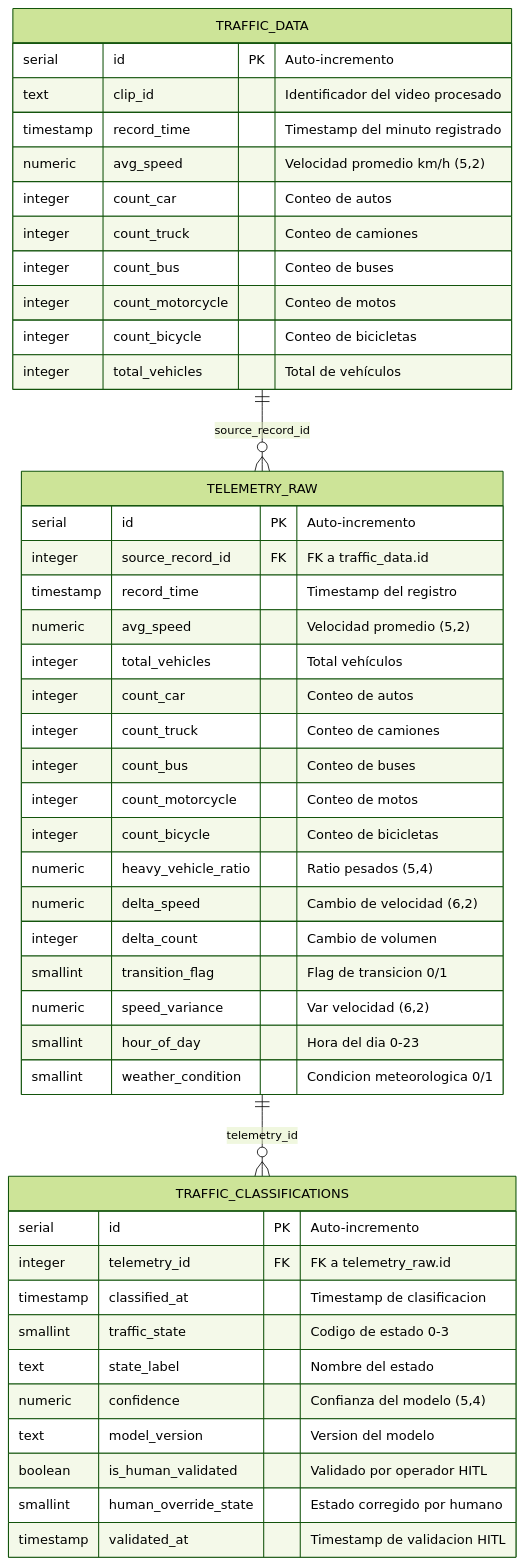
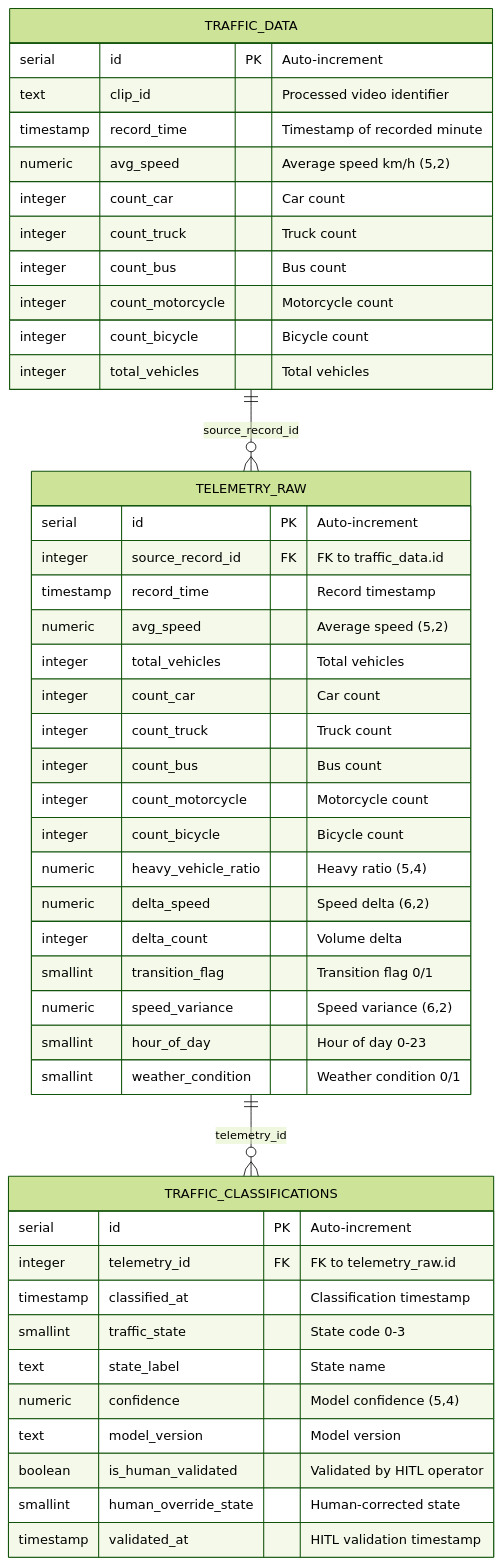
One commit to aka-titesen/vaaet changed the diagram in Docs/diagrams/erd-phase2.md. Above: the diagram before and after it, drawn with Mermaid (forest theme). The commit also changed other lines of this file and 44 other files, not shown here.

````diff
--- a/Docs/diagrams/erd-phase2.md
+++ b/Docs/diagrams/erd-phase2.md
@@ -8,51 +8,51 @@
 ```mermaid
 erDiagram
     TRAFFIC_DATA {
-        serial id PK "Auto-incremento"
-        text clip_id "Identificador del video procesado"
-        timestamp record_time "Timestamp del minuto registrado"
-        numeric avg_speed "Velocidad promedio km/h (5,2)"
-        integer count_car "Conteo de autos"
-        integer count_truck "Conteo de camiones"
-        integer count_bus "Conteo de buses"
-        integer count_motorcycle "Conteo de motos"
-        integer count_bicycle "Conteo de bicicletas"
-        integer total_vehicles "Total de vehículos"
+        serial id PK "Auto-increment"
+        text clip_id "Processed video identifier"
+        timestamp record_time "Timestamp of recorded minute"
+        numeric avg_speed "Average speed km/h (5,2)"
+        integer count_car "Car count"
+        integer count_truck "Truck count"
+        integer count_bus "Bus count"
+        integer count_motorcycle "Motorcycle count"
+        integer count_bicycle "Bicycle count"
+        integer total_vehicles "Total vehicles"
     }
 
     TELEMETRY_RAW {
-        serial id PK "Auto-incremento"
-        integer source_record_id FK "FK a traffic_data.id"
-        timestamp record_time "Timestamp del registro"
-        numeric avg_speed "Velocidad promedio (5,2)"
-        integer total_vehicles "Total vehículos"
-        integer count_car "Conteo de autos"
-        integer count_truck "Conteo de camiones"
-        integer count_bus "Conteo de buses"
-        integer count_motorcycle "Conteo de motos"
-        integer count_bicycle "Conteo de bicicletas"
-        numeric heavy_vehicle_ratio "Ratio pesados (5,4)"
-        numeric delta_speed "Cambio de velocidad (6,2)"
-        integer delta_count "Cambio de volumen"
-        smallint transition_flag "Flag de transicion 0/1"
-        numeric speed_variance "Var velocidad (6,2)"
-        smallint hour_of_day "Hora del dia 0-23"
-        smallint weather_condition "Condicion meteorologica 0/1"
+        serial id PK "Auto-increment"
+        integer source_record_id FK "FK to traffic_data.id"
+        timestamp record_time "Record timestamp"
+        numeric avg_speed "Average speed (5,2)"
+        integer total_vehicles "Total vehicles"
+        integer count_car "Car count"
+        integer count_truck "Truck count"
+        integer count_bus "Bus count"
+        integer count_motorcycle "Motorcycle count"
+        integer count_bicycle "Bicycle count"
+        numeric heavy_vehicle_ratio "Heavy ratio (5,4)"
+        numeric delta_speed "Speed delta (6,2)"
+        integer delta_count "Volume delta"
+        smallint transition_flag "Transition flag 0/1"
+        numeric speed_variance "Speed variance (6,2)"
+        smallint hour_of_day "Hour of day 0-23"
+        smallint weather_condition "Weather condition 0/1"
     }
 
     TRAFFIC_CLASSIFICATIONS {
-        serial id PK "Auto-incremento"
-        integer telemetry_id FK "FK a telemetry_raw.id"
-        timestamp classified_at "Timestamp de clasificacion"
-        smallint traffic_state "Codigo de estado 0-3"
-        text state_label "Nombre del estado"
-        numeric confidence "Confianza del modelo (5,4)"
-        text model_version "Version del modelo"
-        boolean is_human_validated "Validado por operador HITL"
-        smallint human_override_state "Estado corregido por humano"
-        timestamp validated_at "Timestamp de validacion HITL"
+        serial id PK "Auto-increment"
+        integer telemetry_id FK "FK to telemetry_raw.id"
+        timestamp classified_at "Classification timestamp"
+        smallint traffic_state "State code 0-3"
+        text state_label "State name"
+        numeric confidence "Model confidence (5,4)"
+        text model_version "Model version"
+        boolean is_human_validated "Validated by HITL operator"
+        smallint human_override_state "Human-corrected state"
+        timestamp validated_at "HITL validation timestamp"
     }
 
     TRAFFIC_DATA ||--o{ TELEMETRY_RAW : "source_record_id"
     TELEMETRY_RAW ||--o{ TRAFFIC_CLASSIFICATIONS : "telemetry_id"
 ```
````
